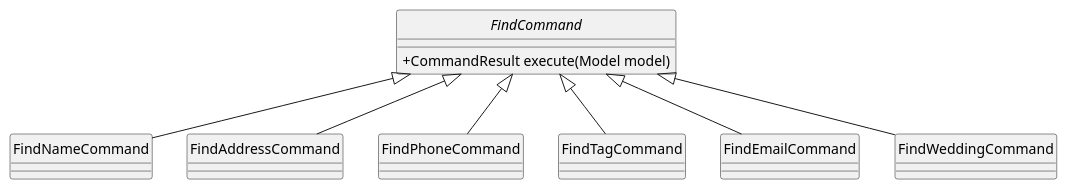
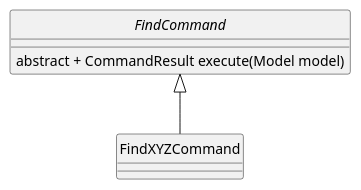
One commit to nus-cs2103-AY2425S1/tp changed the diagram in docs/diagrams/FindCommandClass.puml. Above: the diagram before and after it, drawn with PlantUML.

Commit message:
Edit Find Command class diagram

```diff
--- a/docs/diagrams/FindCommandClass.puml
+++ b/docs/diagrams/FindCommandClass.puml
@@ -1,33 +1,27 @@
 @startuml
 'abstract        abstract
 'abstract class  "abstract class"
 'annotation      annotation
 'circle          circle
 '()              circle_short_form
 'class           class
 'class           class_stereo  <<stereotype>>
 'diamond         diamond
 '<>              diamond_short_form
 'entity          entity
 'enum            enum
 'exception       exception
 'interface       interface
 'metaclass       metaclass
 'protocol        protocol
 'stereotype      stereotype
 'struct          struct
 hide circle
 skinparam classAttributeIconSize 0
 
 abstract class FindCommand {
-+ CommandResult execute(Model model)
+abstract + CommandResult execute(Model model)
 }
-class FindNameCommand extends FindCommand
-class FindAddressCommand extends FindCommand
-class FindPhoneCommand extends FindCommand
-class FindTagCommand extends FindCommand
-class FindEmailCommand extends FindCommand
-class FindWeddingCommand extends FindCommand
-
+class FindXYZCommand extends FindCommand
 
 @enduml
```
